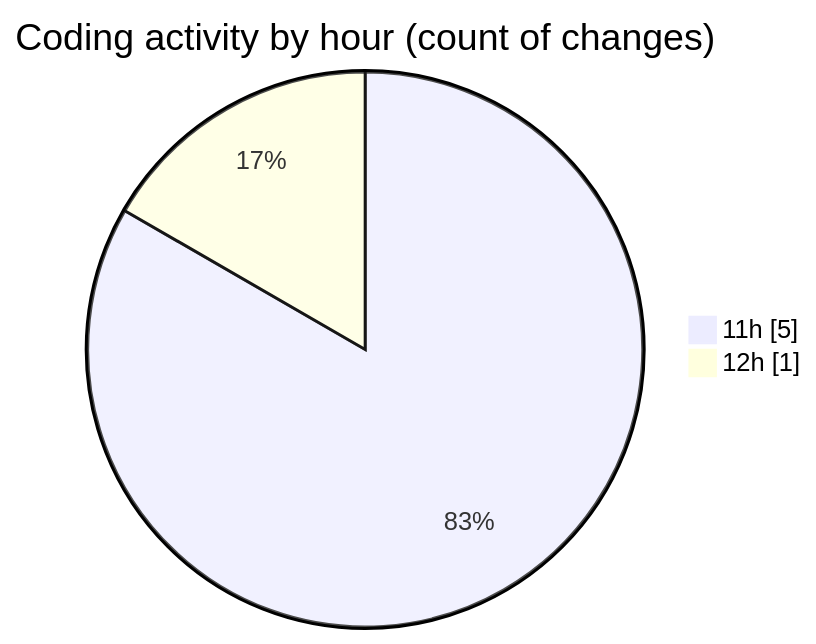
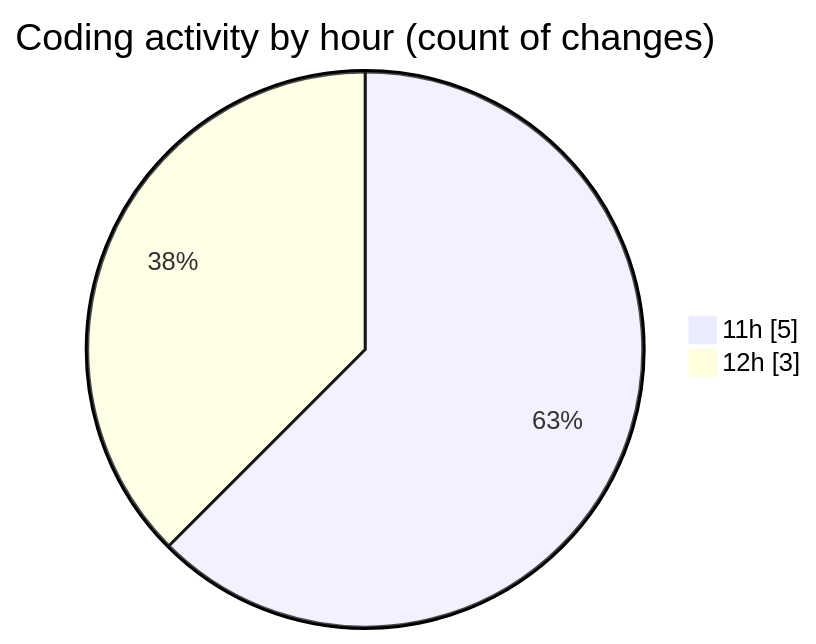
Before and after one commit to nxtqubesakshisongat/code-tracking: the second of 2 diagrams in 2025-08-06/nxtqube_webapp/README.md, drawn with Mermaid. The commit also changed other lines of this file and 1 other file, not shown here.

````diff
--- a/2025-08-06/nxtqube_webapp/README.md
+++ b/2025-08-06/nxtqube_webapp/README.md
@@ -35,6 +35,6 @@
 ```mermaid
 pie showData
 title Coding activity by hour (count of changes)
 "11h" : 5
-"12h" : 1
+"12h" : 3
 ```
````
